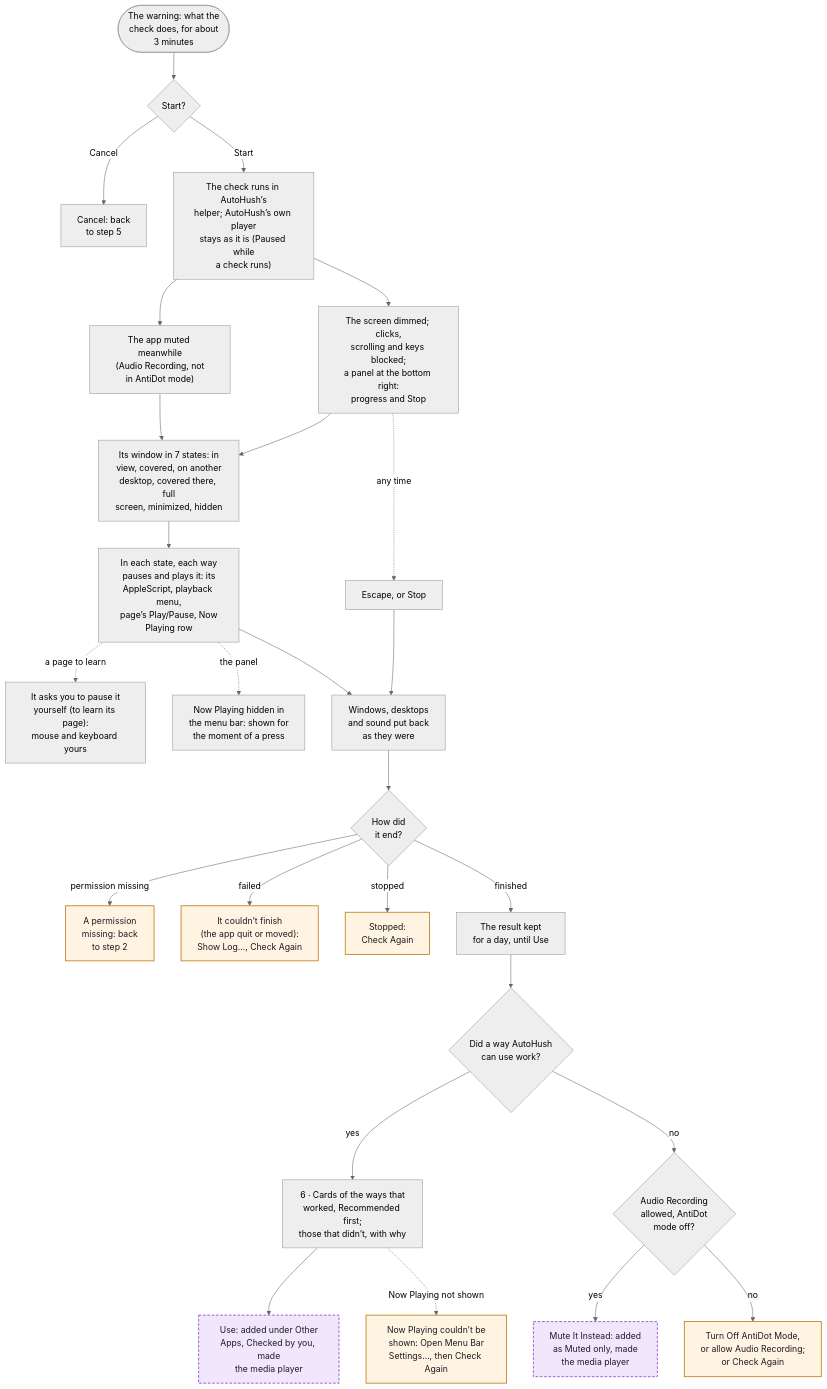
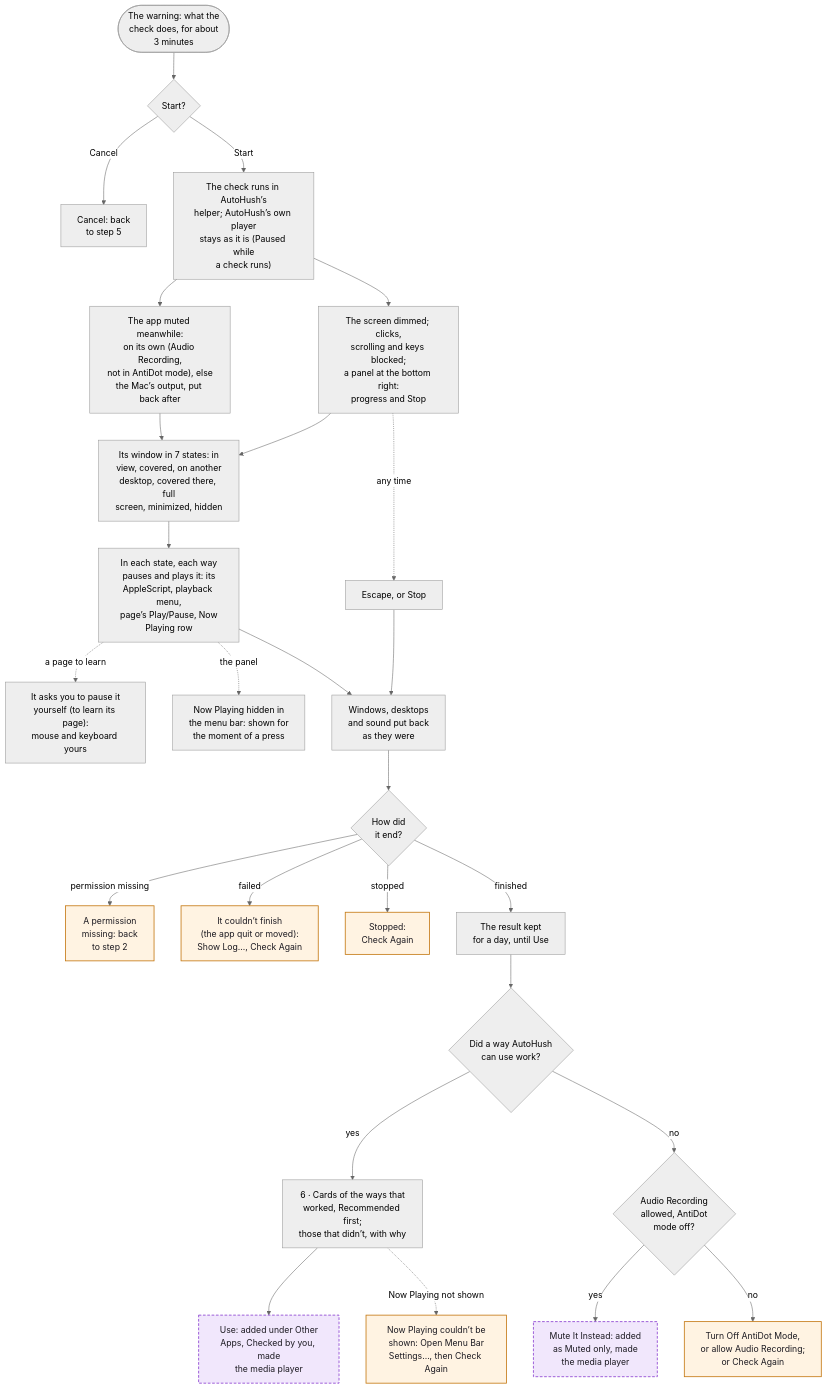
One commit to hfustercabre/AutoHush changed the tenth of 14 diagrams in WORKFLOWS.md. Above: the diagram before and after it, drawn with Mermaid (neutral theme). The commit also changed 9 other files, not shown here.

First line of the commit message:
feat: Add an App's check mutes the Mac's sound when it can't mute the app

````diff
--- a/WORKFLOWS.md
+++ b/WORKFLOWS.md
@@ -489,56 +489,56 @@
 ```mermaid
 flowchart TD
   WARN(["The warning: what the<br/>check does, for about<br/>3 minutes"])
   GO{"Start?"}
   BACK["Cancel: back<br/>to step 5"]
   RUN["The check runs in AutoHush’s<br/>helper; AutoHush’s own player<br/>stays as it is (Paused while<br/>a check runs)"]
   BLOCK["The screen dimmed; clicks,<br/>scrolling and keys blocked;<br/>a panel at the bottom right:<br/>progress and Stop"]
-  MUTE["The app muted meanwhile<br/>(Audio Recording, not<br/>in AntiDot mode)"]
+  MUTE["The app muted meanwhile:<br/>on its own (Audio Recording,<br/>not in AntiDot mode), else<br/>the Mac’s output, put back after"]
   STATES["Its window in 7 states: in<br/>view, covered, on another<br/>desktop, covered there, full<br/>screen, minimized, hidden"]
   WAYS["In each state, each way<br/>pauses and plays it: its<br/>AppleScript, playback menu,<br/>page’s Play/Pause, Now<br/>Playing row"]
   ASK["It asks you to pause it<br/>yourself (to learn its page):<br/>mouse and keyboard yours"]
   SHOW["Now Playing hidden in<br/>the menu bar: shown for<br/>the moment of a press"]
   STOP["Escape, or Stop"]
   PUT["Windows, desktops<br/>and sound put back<br/>as they were"]
   HOW{"How did<br/>it end?"}
   PERM["A permission<br/>missing: back<br/>to step 2"]
   FAIL["It couldn’t finish<br/>(the app quit or moved):<br/>Show Log…, Check Again"]
   STOPPED["Stopped:<br/>Check Again"]
   KEEP["The result kept<br/>for a day, until Use"]
   ANY{"Did a way AutoHush<br/>can use work?"}
   CARDS["6 · Cards of the ways that<br/>worked, Recommended first;<br/>those that didn’t, with why"]
   USE["Use: added under Other<br/>Apps, Checked by you, made<br/>the media player"]
   NPH["Now Playing couldn’t be<br/>shown: Open Menu Bar<br/>Settings…, then Check Again"]
   MUT{"Audio Recording<br/>allowed, AntiDot<br/>mode off?"}
   MII["Mute It Instead: added<br/>as Muted only, made<br/>the media player"]
   ANTI["Turn Off AntiDot Mode,<br/>or allow Audio Recording;<br/>or Check Again"]
 
   WARN --> GO
   GO -->|"Cancel"| BACK
   GO -->|"Start"| RUN
   RUN --> BLOCK
   RUN --> MUTE
   BLOCK --> STATES
   MUTE --> STATES
   STATES --> WAYS
   WAYS -.->|"a page to learn"| ASK
   WAYS -.->|"the panel"| SHOW
   BLOCK -.->|"any time"| STOP
   STOP --> PUT
   WAYS --> PUT
   PUT --> HOW
   HOW -->|"finished"| KEEP --> ANY
   HOW -->|"permission missing"| PERM
   HOW -->|"failed"| FAIL
   HOW -->|"stopped"| STOPPED
   ANY -->|"yes"| CARDS --> USE
   CARDS -.->|"Now Playing not shown"| NPH
   ANY -->|"no"| MUT
   MUT -->|"yes"| MII
   MUT -->|"no"| ANTI
 
   class USE,MII ref
   class FAIL,STOPPED,PERM,NPH,ANTI warn
   classDef ref fill:#f1e7fc,stroke:#8a3fd1,stroke-width:1.5px,stroke-dasharray: 5 3,color:#1d1b22
   classDef warn fill:#fff3e2,stroke:#c47812,stroke-width:1.5px,color:#1d1b22
 ```
````
